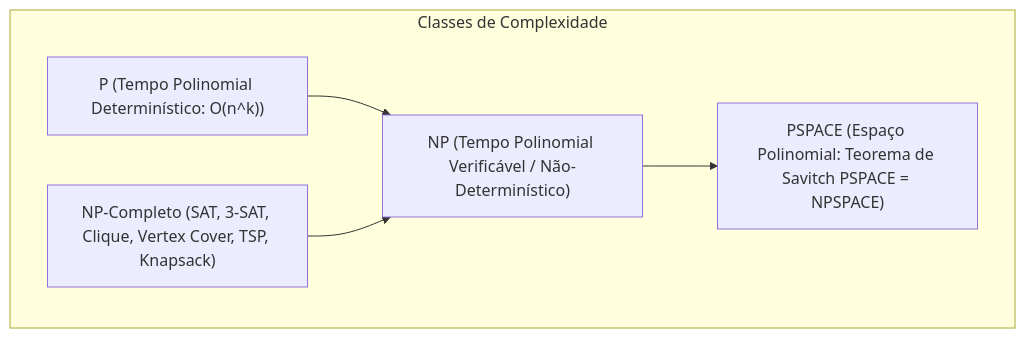
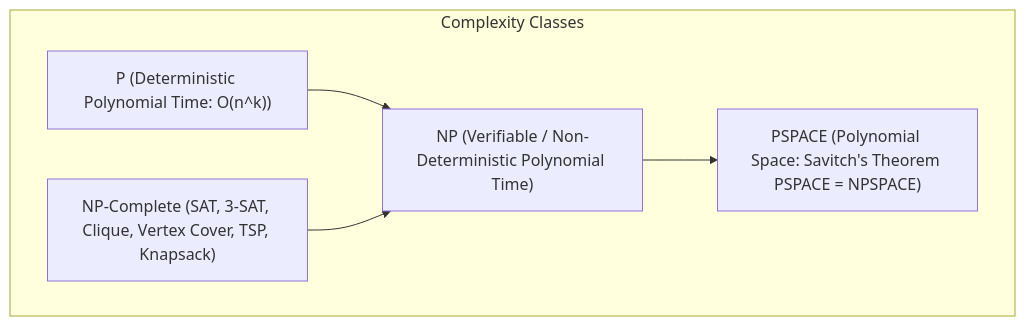
The second of 2 diagrams in knowledge/skills/domains/academic/academic-algorithms-data-structures/SKILL.md (dandgabr/Coacus), drawn with Mermaid before and after one commit. The commit also changed other lines of this file and 143 other files, not shown here.

````diff
--- a/knowledge/skills/domains/academic/academic-algorithms-data-structures/SKILL.md
+++ b/knowledge/skills/domains/academic/academic-algorithms-data-structures/SKILL.md
@@ -37,12 +37,12 @@
 ```mermaid
 graph TD
-    subgraph CC["Classes de Complexidade"]
-        P["P (Tempo Polinomial Determinístico: O(n^k))"]
-        NP["NP (Tempo Polinomial Verificável / Não-Determinístico)"]
-        NPC["NP-Completo (SAT, 3-SAT, Clique, Vertex Cover, TSP, Knapsack)"]
-        PSPACE["PSPACE (Espaço Polinomial: Teorema de Savitch PSPACE = NPSPACE)"]
+    subgraph CC["Complexity Classes"]
+        P["P (Deterministic Polynomial Time: O(n^k))"]
+        NP["NP (Verifiable / Non-Deterministic Polynomial Time)"]
+        NPC["NP-Complete (SAT, 3-SAT, Clique, Vertex Cover, TSP, Knapsack)"]
+        PSPACE["PSPACE (Polynomial Space: Savitch's Theorem PSPACE = NPSPACE)"]
     end
     P --> NP
     NPC --> NP
     NP --> PSPACE
 ```
````
